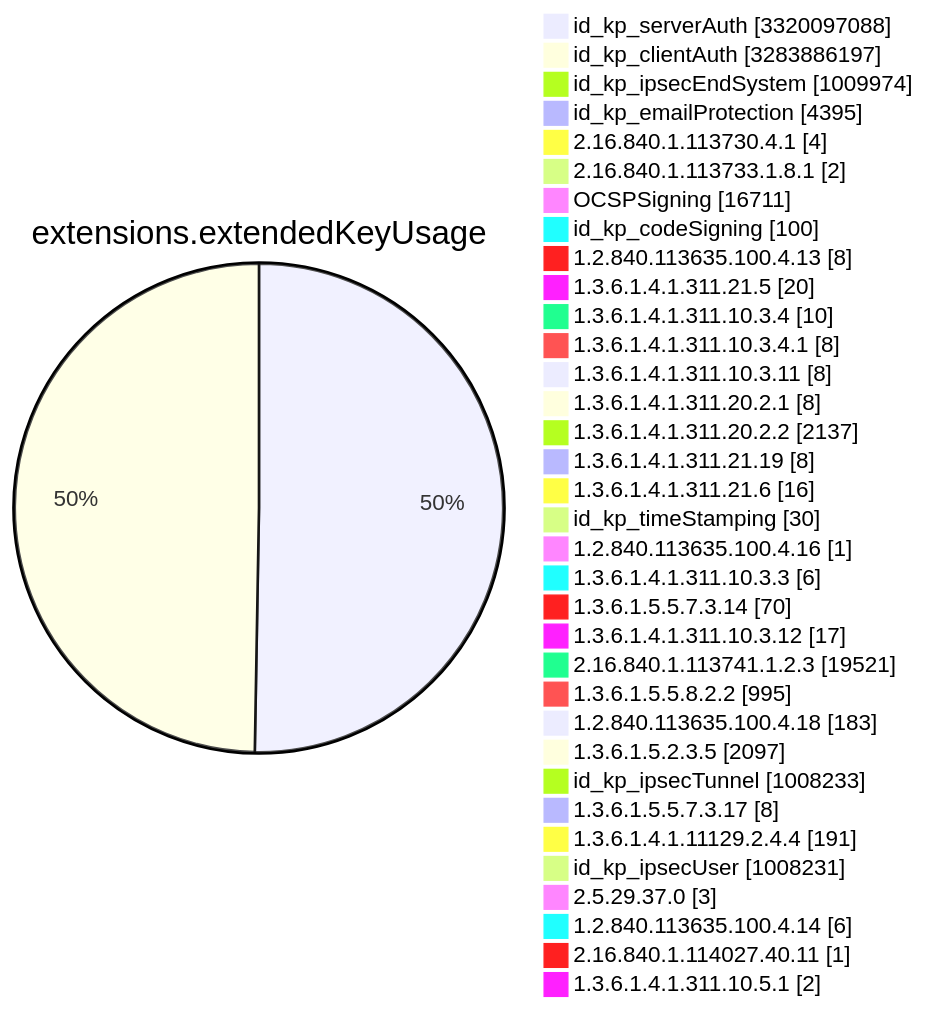
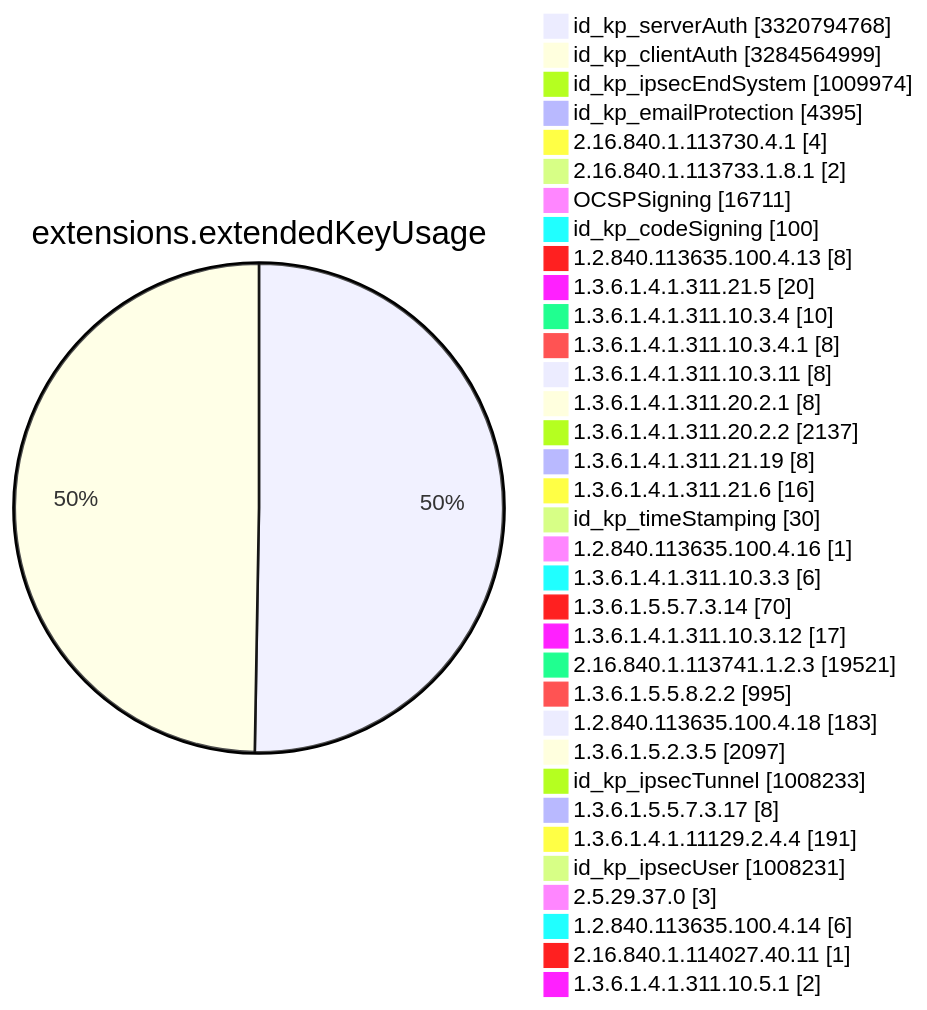
Before and after one commit to christiankrug/ctmonitor_visualization: diagram 11 of 15 in TOTAL/README.md, drawn with Mermaid. The commit also changed other lines of this file, not shown here.

````diff
--- a/TOTAL/README.md
+++ b/TOTAL/README.md
@@ -4120,38 +4120,38 @@
 ```mermaid
 pie showData
 title extensions.extendedKeyUsage
-"id_kp_serverAuth" :3320097088
-"id_kp_clientAuth" :3283886197
+"id_kp_serverAuth" :3320794768
+"id_kp_clientAuth" :3284564999
 "id_kp_ipsecEndSystem" :1009974
 "id_kp_emailProtection" :4395
 "2.16.840.1.113730.4.1" :4
 "2.16.840.1.113733.1.8.1" :2
 "OCSPSigning" :16711
 "id_kp_codeSigning" :100
 "1.2.840.113635.100.4.13" :8
 "1.3.6.1.4.1.311.21.5" :20
 "1.3.6.1.4.1.311.10.3.4" :10
 "1.3.6.1.4.1.311.10.3.4.1" :8
 "1.3.6.1.4.1.311.10.3.11" :8
 "1.3.6.1.4.1.311.20.2.1" :8
 "1.3.6.1.4.1.311.20.2.2" :2137
 "1.3.6.1.4.1.311.21.19" :8
 "1.3.6.1.4.1.311.21.6" :16
 "id_kp_timeStamping" :30
 "1.2.840.113635.100.4.16" :1
 "1.3.6.1.4.1.311.10.3.3" :6
 "1.3.6.1.5.5.7.3.14" :70
 "1.3.6.1.4.1.311.10.3.12" :17
 "2.16.840.1.113741.1.2.3" :19521
 "1.3.6.1.5.5.8.2.2" :995
 "1.2.840.113635.100.4.18" :183
 "1.3.6.1.5.2.3.5" :2097
 "id_kp_ipsecTunnel" :1008233
 "1.3.6.1.5.5.7.3.17" :8
 "1.3.6.1.4.1.11129.2.4.4" :191
 "id_kp_ipsecUser" :1008231
 "2.5.29.37.0" :3
 "1.2.840.113635.100.4.14" :6
 "2.16.840.1.114027.40.11" :1
 "1.3.6.1.4.1.311.10.5.1" :2
 ```
````
